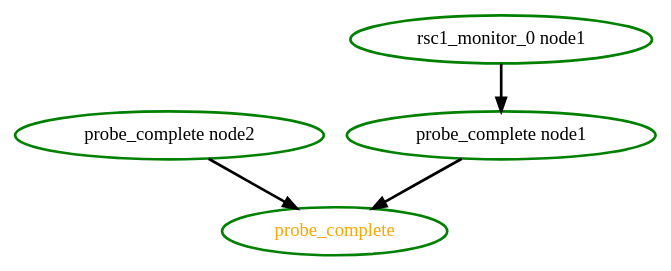
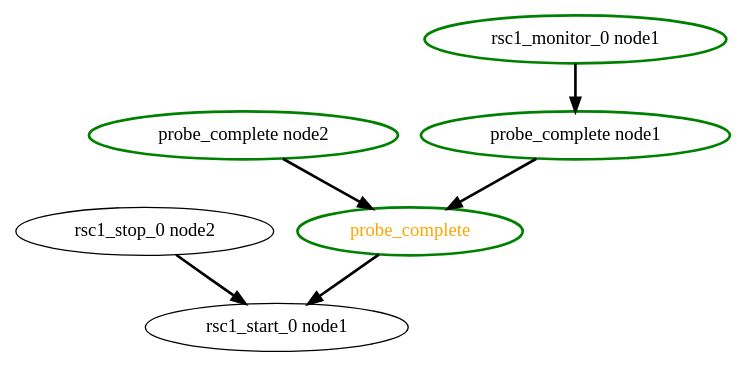
Before and after one commit to richiewen8/heartbeat: the diagram in crm/pengine/testcases/rec-rsc-4.dot, drawn with Graphviz. The commit also changed 7 other files, not shown here.

Commit message:
PE: Re-use StartRsc/StopRsc for consistancy

```diff
--- a/crm/pengine/testcases/rec-rsc-4.dot
+++ b/crm/pengine/testcases/rec-rsc-4.dot
@@ -1,9 +1,11 @@
  digraph "g" {
 "probe_complete node1" -> "probe_complete" [ style = bold]
 "probe_complete node1" [ style=bold color="green" fontcolor="black" ]
 "probe_complete node2" -> "probe_complete" [ style = bold]
 "probe_complete node2" [ style=bold color="green" fontcolor="black" ]
+"probe_complete" -> "rsc1_start_0 node1" [ style = bold]
 "probe_complete" [ style=bold color="green" fontcolor="orange" ]
 "rsc1_monitor_0 node1" -> "probe_complete node1" [ style = bold]
 "rsc1_monitor_0 node1" [ style=bold color="green" fontcolor="black" ]
+"rsc1_stop_0 node2" -> "rsc1_start_0 node1" [ style = bold]
 }
```
